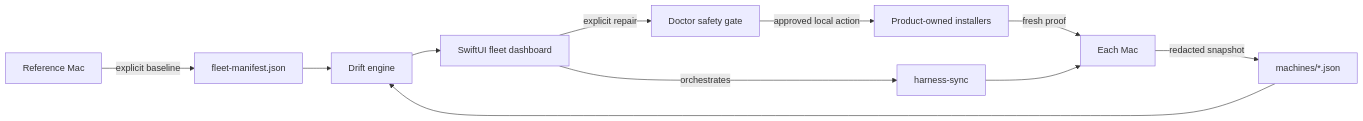
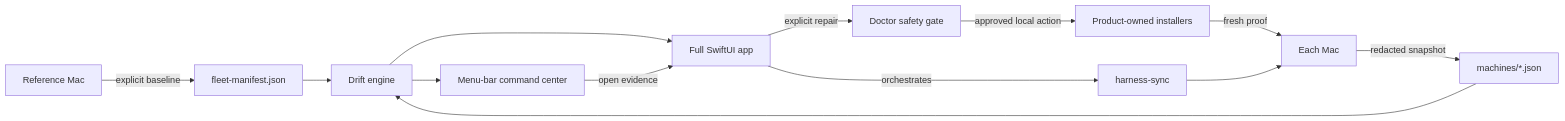
One commit to pstarkgit/FleetMesh changed the first of 2 diagrams in README.md. Above: the diagram before and after it, drawn with Mermaid. The commit also changed other lines of this file and 9 other files, not shown here.

Commit message:
feat: add menu bar command center

````diff
--- a/README.md
+++ b/README.md
@@ -7,13 +15,15 @@
 ```mermaid
 flowchart LR
     A[Reference Mac] -->|explicit baseline| M[fleet-manifest.json]
     B[Each Mac] -->|redacted snapshot| S[machines/*.json]
     M --> D[Drift engine]
     S --> D
-    D --> U[SwiftUI fleet dashboard]
+    D --> U[Full SwiftUI app]
+    D --> MB[Menu-bar command center]
+    MB -->|open evidence| U
     U -->|explicit repair| G[Doctor safety gate]
     G -->|approved local action| I[Product-owned installers]
     U -->|orchestrates| H[harness-sync]
     I -->|fresh proof| B
     H --> B
 ```
````
